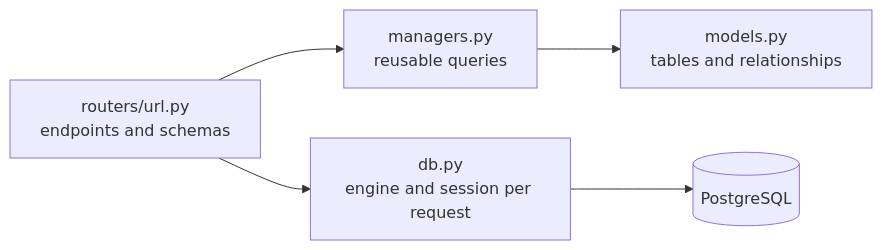
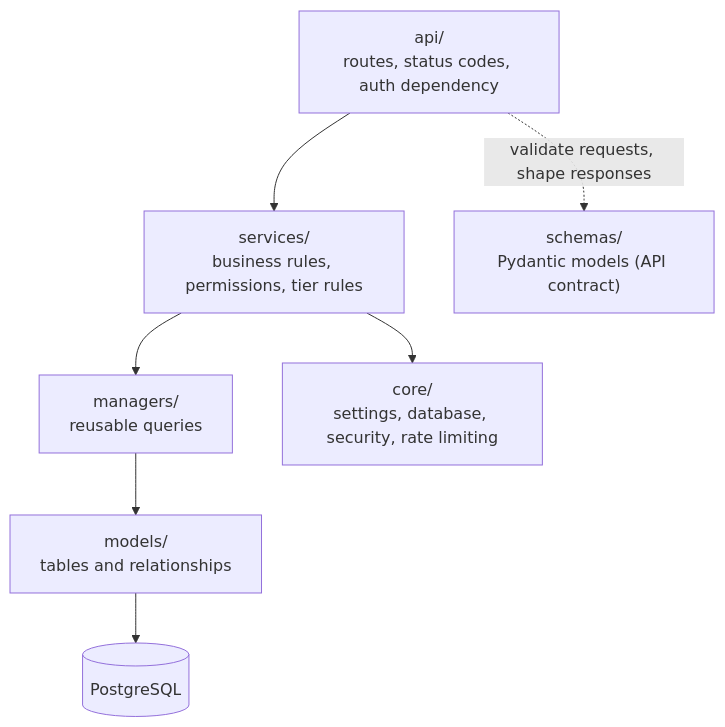
One commit to erickkanja-code/URL-Shortener_Microservice changed the second of 4 diagrams in README.md. Above: the diagram before and after it, drawn with Mermaid. The commit also changed other lines of this file and 7 other files, not shown here.

````diff
--- a/README.md
+++ b/README.md
@@ -39,7 +57,9 @@
 ```mermaid
-flowchart LR
-    R["routers/url.py<br/>endpoints and schemas"] --> M["managers.py<br/>reusable queries"]
-    M --> Mo["models.py<br/>tables and relationships"]
-    R --> D["db.py<br/>engine and session per request"]
-    D --> P[("PostgreSQL")]
+flowchart TD
+    A["api/<br/>routes, status codes, auth dependency"] --> S["services/<br/>business rules, permissions, tier rules"]
+    A -. "validate requests, shape responses" .-> Sc["schemas/<br/>Pydantic models (API contract)"]
+    S --> M["managers/<br/>reusable queries"]
+    M --> Mo["models/<br/>tables and relationships"]
+    S --> C["core/<br/>settings, database, security, rate limiting"]
+    Mo --> P[("PostgreSQL")]
 ```
````
